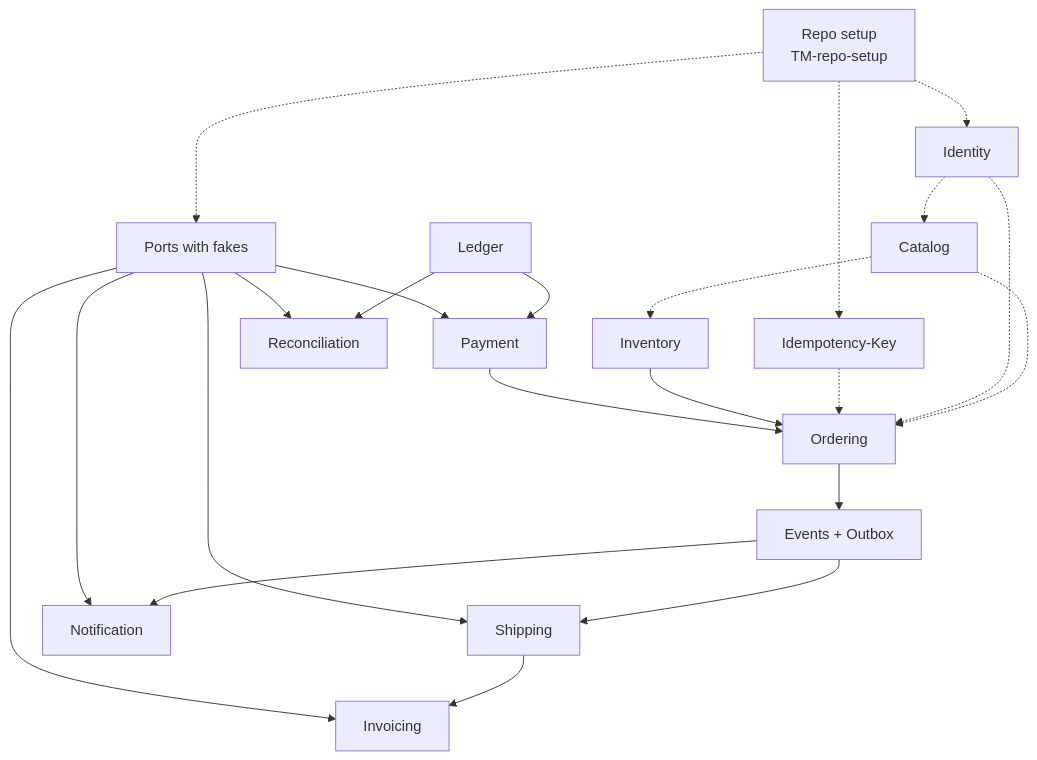
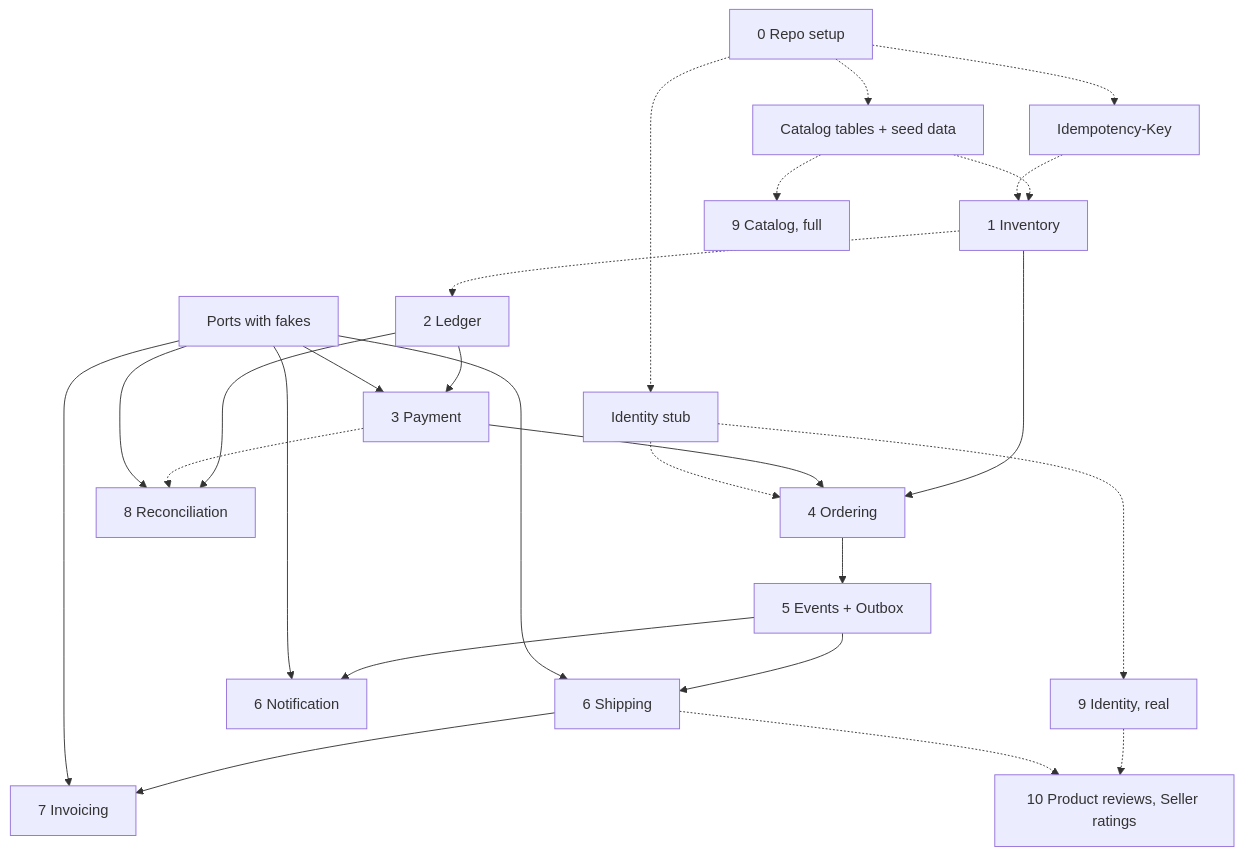
One commit to cuongvu12a/tallymart changed the diagram in docs/PROJECT_OVERVIEW.md. Above: the diagram before and after it, drawn with Mermaid. The commit also changed other lines of this file and 36 other files, not shown here.

````diff
--- a/docs/PROJECT_OVERVIEW.md
+++ b/docs/PROJECT_OVERVIEW.md
@@ -71,40 +108,46 @@
 ```mermaid
 flowchart TD
-  SETUP[Repo setup<br/>TM-repo-setup]
+  SETUP[0 Repo setup]
+  IDEM[Idempotency-Key]
+  CATMIN[Catalog tables + seed data]
+  IDSTUB[Identity stub]
+  INV[1 Inventory]
+  LED[2 Ledger]
   PORTS[Ports with fakes]
-  IDEM[Idempotency-Key]
-  ID[Identity]
-  CAT[Catalog]
-  INV[Inventory]
-  LED[Ledger]
-  PAY[Payment]
-  ORD[Ordering]
-  EVT[Events + Outbox]
-  SHP[Shipping]
-  NTF[Notification]
-  INVC[Invoicing]
-  REC[Reconciliation]
+  PAY[3 Payment]
+  ORD[4 Ordering]
+  EVT[5 Events + Outbox]
+  SHP[6 Shipping]
+  NTF[6 Notification]
+  INVC[7 Invoicing]
+  REC[8 Reconciliation]
+  ID[9 Identity, real]
+  CAT[9 Catalog, full]
+  REV[10 Product reviews, Seller ratings]
 
-  SETUP -.-> PORTS
   SETUP -.-> IDEM
-  SETUP -.-> ID
-  ID -.-> CAT
-  CAT -.-> INV
-  CAT -.-> ORD
-  ID -.-> ORD
-  IDEM -.-> ORD
-
+  SETUP -.-> CATMIN
+  SETUP -.-> IDSTUB
+  CATMIN -.-> INV
+  IDEM -.-> INV
+  INV -.-> LED
   LED --> PAY
   PORTS --> PAY
   INV --> ORD
   PAY --> ORD
+  IDSTUB -.-> ORD
   ORD --> EVT
   EVT --> SHP
   EVT --> NTF
   PORTS --> SHP
   PORTS --> NTF
   SHP --> INVC
   PORTS --> INVC
   LED --> REC
+  PAY -.-> REC
   PORTS --> REC
+  IDSTUB -.-> ID
+  CATMIN -.-> CAT
+  ID -.-> REV
+  SHP -.-> REV
 ```
````
